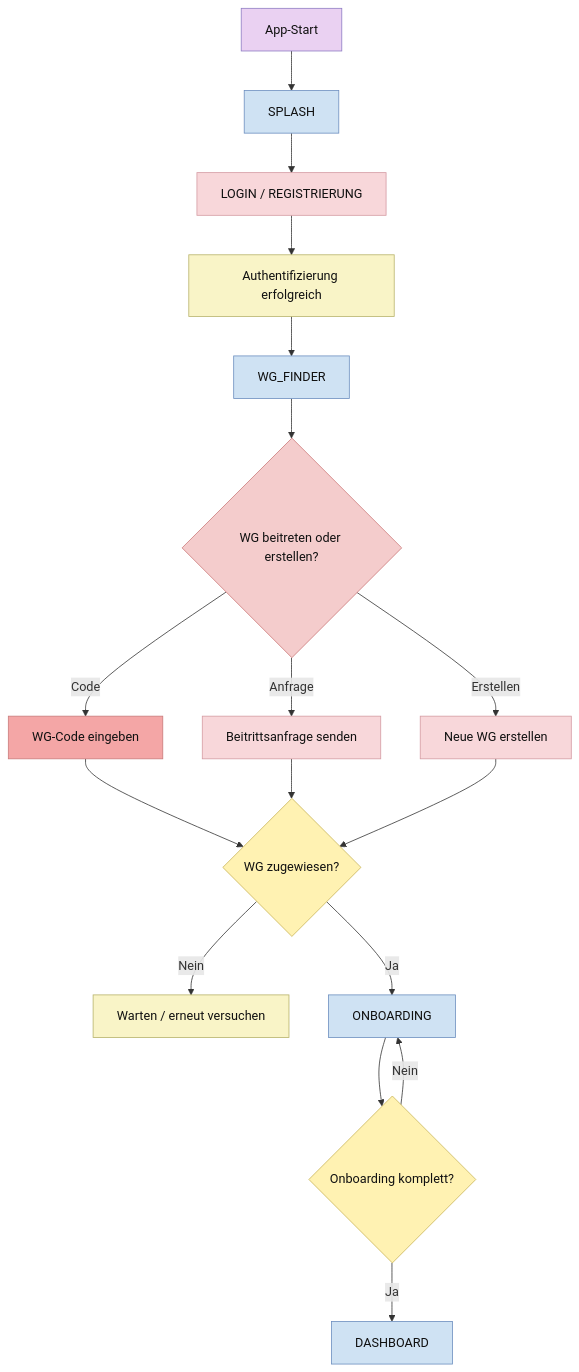
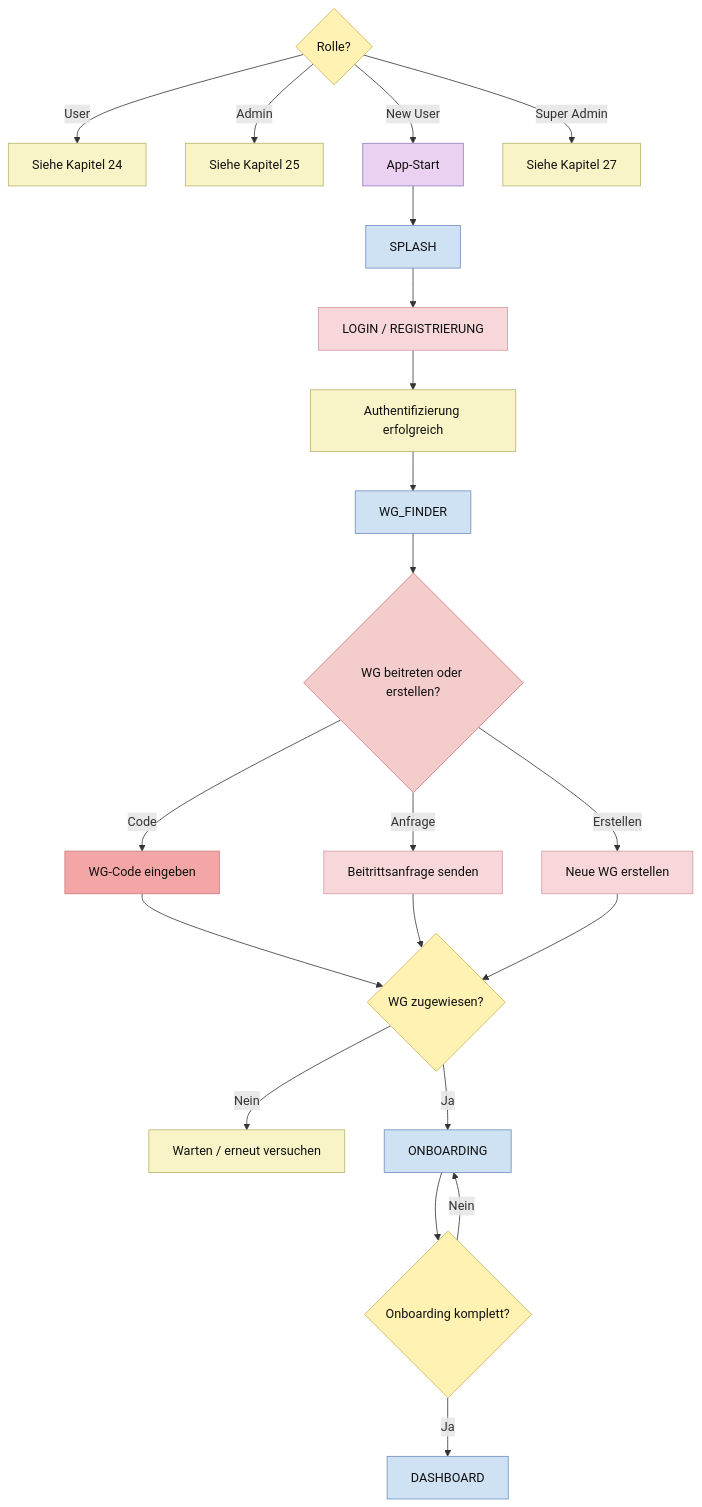
Diagram 26 of 27 in ABLAUFDIAGRAMM.md (Nejy190501/WGManager), drawn with Mermaid before and after one commit. The commit also changed other lines of this file, not shown here.

````diff
--- a/ABLAUFDIAGRAMM.md
+++ b/ABLAUFDIAGRAMM.md
@@ -1337,38 +1351,45 @@
 ```mermaid
 flowchart TD
+    RLQ{"Rolle?"}
+    RLQ -->|User| RX["Siehe Kapitel 24"]
+    RLQ -->|Admin| RY["Siehe Kapitel 25"]
+    RLQ -->|New User| A
+    RLQ -->|Super Admin| RZ["Siehe Kapitel 27"]
+
     A["App-Start"] --> B["SPLASH"]
     B --> C["LOGIN / REGISTRIERUNG"]
     C --> D["Authentifizierung erfolgreich"]
     D --> E["WG_FINDER"]
 
     E --> F{"WG beitreten oder erstellen?"}
     F -->|Code| G["WG-Code eingeben"]
     F -->|Anfrage| H["Beitrittsanfrage senden"]
     F -->|Erstellen| I["Neue WG erstellen"]
 
     G --> J{"WG zugewiesen?"}
     H --> J
     I --> J
     J -->|Nein| K["Warten / erneut versuchen"]
     J -->|Ja| L["ONBOARDING"]
 
     L --> M{"Onboarding komplett?"}
     M -->|Nein| L
     M -->|Ja| N["DASHBOARD"]
 
     classDef userAction fill:#ead1f2,stroke:#8e7cc3,color:#111;
     classDef systemAction fill:#f9f4c7,stroke:#b7b26a,color:#111;
     classDef userDecision fill:#f4cccc,stroke:#cc7a7a,color:#111;
     classDef systemDecision fill:#fff2b2,stroke:#c9b458,color:#111;
     classDef button fill:#f4a6a6,stroke:#c97b7b,color:#111;
     classDef userInput fill:#f8d7da,stroke:#d49aa2,color:#111;
     classDef screen fill:#cfe2f3,stroke:#6c8ebf,color:#111;
 
     class A userAction;
     class D,K systemAction;
     class F userDecision;
-    class J,M systemDecision;
+    class J,M,RLQ systemDecision;
     class G button;
     class C,H,I userInput;
     class B,E,L,N screen;
+    class RX,RY,RZ systemAction;
 ```
````
